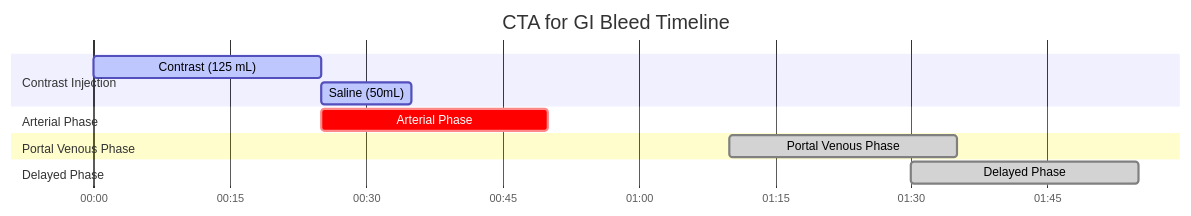
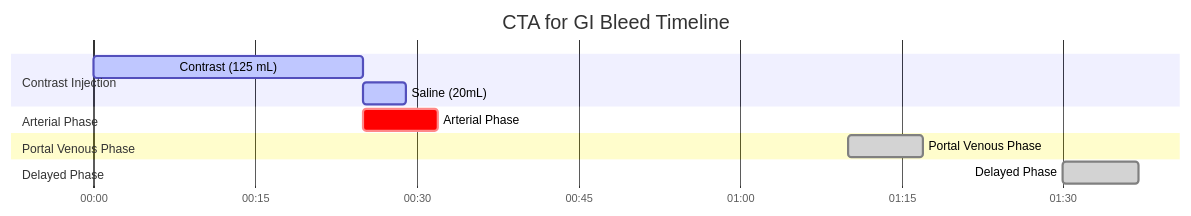
Before and after one commit to dfergs93/radiology-protocols: the diagram in docs/ct/vascular/cta-for-gi-bleed.md, drawn with Mermaid. The commit also changed other lines of this file and 113 other files, not shown here.

````diff
--- a/docs/ct/vascular/cta-for-gi-bleed.md
+++ b/docs/ct/vascular/cta-for-gi-bleed.md
@@ -85,20 +86,20 @@
   ```mermaid
   ---
   config:
     theme: default
   ---
     gantt
       title CTA for GI Bleed Timeline
       dateFormat mm:ss
       axisFormat %M:%S 
       
       section Contrast Injection
       Contrast (125 mL)    :active, contrast, 00:00, 25s
-      Saline (50mL)          :active, saline, after contrast, 10s
+      Saline (20mL)          :active, saline, after contrast, 4s
       section Arterial Phase
-      Arterial Phase    :crit, scan1, 00:25, 25s
+      Arterial Phase    :crit, scan1, 00:25, 7s
       section Portal Venous Phase
-      Portal Venous Phase    :done, scan2, 01:10, 25s
+      Portal Venous Phase    :done, scan2, 01:10, 7s
       section Delayed Phase
-      Delayed Phase    :done, scan3, 01:30, 25s
+      Delayed Phase    :done, scan3, 01:30, 7s
   ```
````
